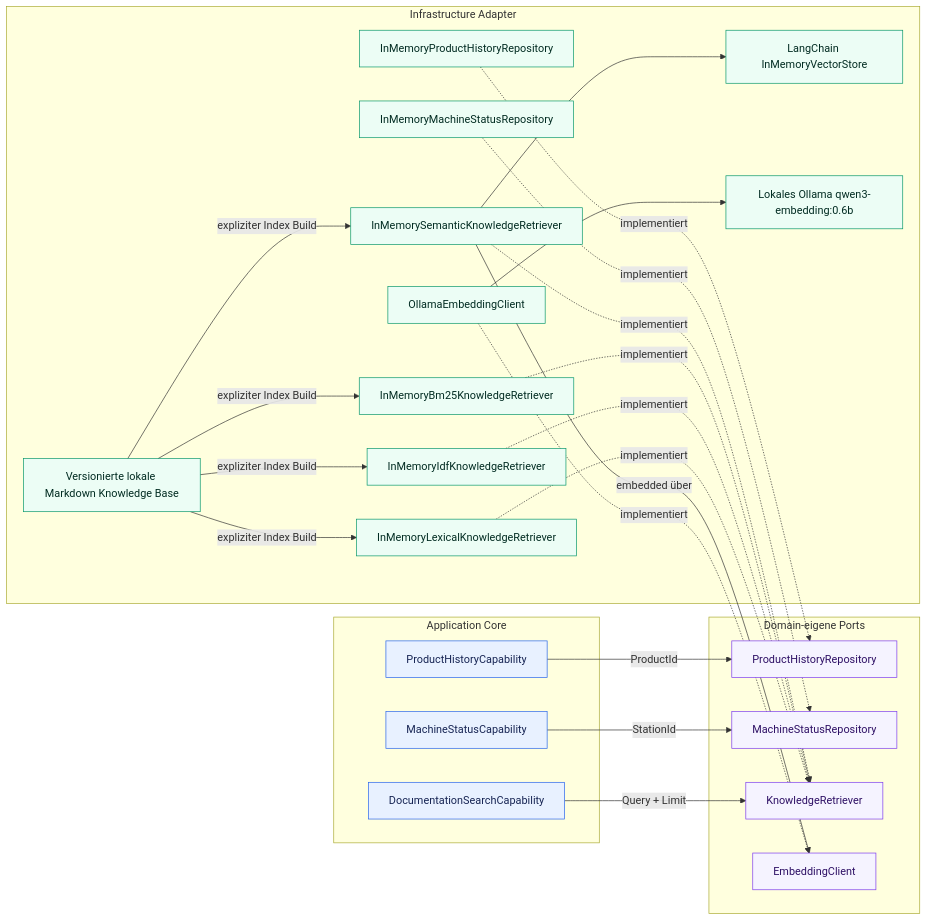
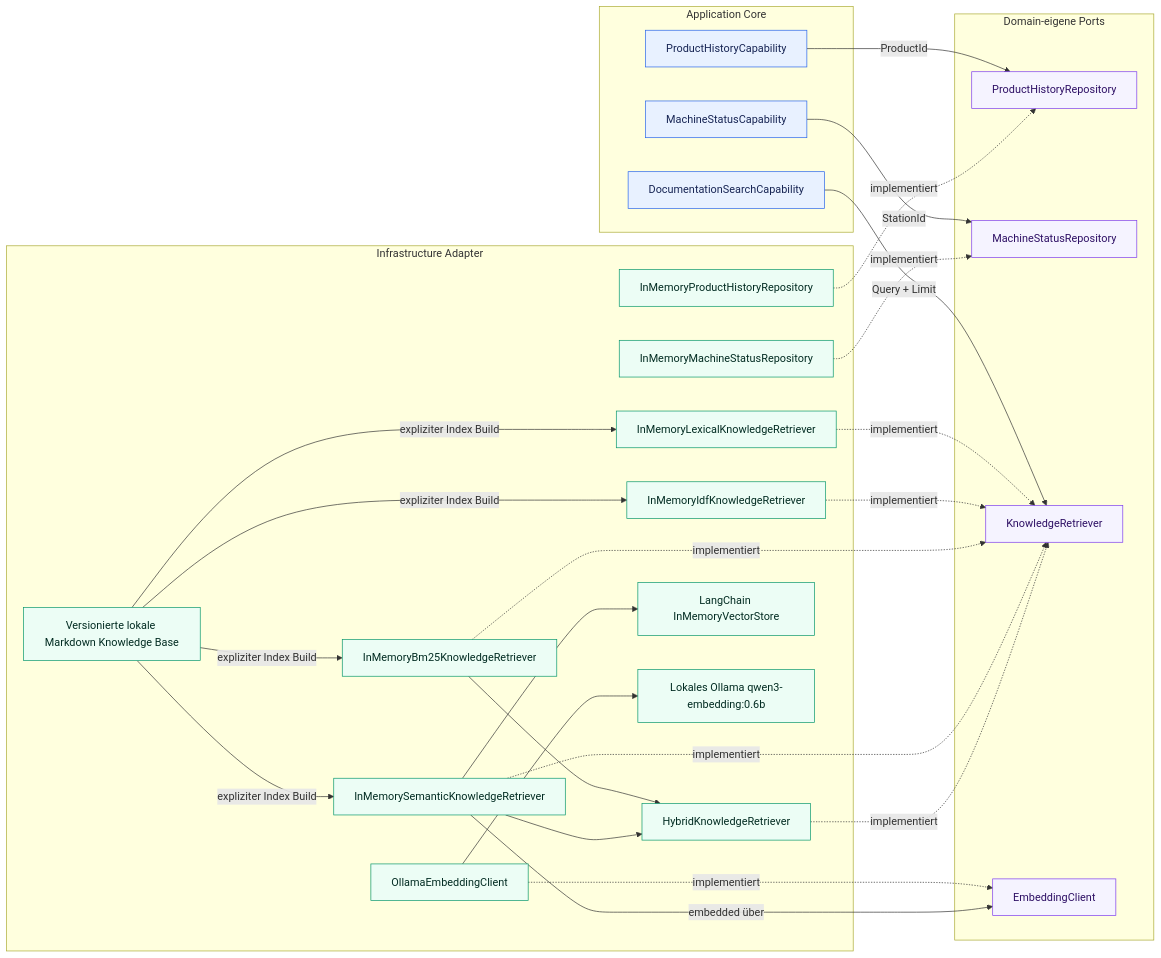
One commit to aboerzel/industrial-ai-agent changed the first of 11 diagrams in docs/architecture/overview.de.md. Above: the diagram before and after it, drawn with Mermaid. The commit also changed other lines of this file and 8 other files, not shown here.

````diff
--- a/docs/architecture/overview.de.md
+++ b/docs/architecture/overview.de.md
@@ -25,53 +25,57 @@
 ```mermaid
 flowchart LR
     subgraph Core["Application Core"]
         PHC["ProductHistoryCapability"]
         MSC["MachineStatusCapability"]
         DSC["DocumentationSearchCapability"]
     end
 
     subgraph Ports["Domain-eigene Ports"]
         PHR["ProductHistoryRepository"]
         MSR["MachineStatusRepository"]
         KR["KnowledgeRetriever"]
         EP["EmbeddingClient"]
     end
 
     subgraph Infrastructure["Infrastructure Adapter"]
         PHM["InMemoryProductHistoryRepository"]
         MSM["InMemoryMachineStatusRepository"]
         LKR["InMemoryLexicalKnowledgeRetriever"]
         IDF["InMemoryIdfKnowledgeRetriever"]
         BM25["InMemoryBm25KnowledgeRetriever"]
         SEM["InMemorySemanticKnowledgeRetriever"]
+        HYB["HybridKnowledgeRetriever"]
         OEC["OllamaEmbeddingClient"]
         VEC["LangChain InMemoryVectorStore"]
         KB["Versionierte lokale Markdown Knowledge Base"]
         OLLAMA["Lokales Ollama qwen3-embedding:0.6b"]
     end
 
     PHC -->|"ProductId"| PHR
     MSC -->|"StationId"| MSR
     DSC -->|"Query + Limit"| KR
     PHM -.->|"implementiert"| PHR
     MSM -.->|"implementiert"| MSR
     LKR -.->|"implementiert"| KR
     IDF -.->|"implementiert"| KR
     BM25 -.->|"implementiert"| KR
     SEM -.->|"implementiert"| KR
+    HYB -.->|"implementiert"| KR
     OEC -.->|"implementiert"| EP
     KB -->|"expliziter Index Build"| LKR
     KB -->|"expliziter Index Build"| IDF
     KB -->|"expliziter Index Build"| BM25
     KB -->|"expliziter Index Build"| SEM
+    BM25 --> HYB
+    SEM --> HYB
     SEM -->|"embedded über"| EP
     SEM --> VEC
     OEC --> OLLAMA
 
     classDef core fill:#e8f1ff,stroke:#2563eb,color:#172554
     classDef port fill:#f5f3ff,stroke:#7c3aed,color:#2e1065
     classDef adapter fill:#ecfdf5,stroke:#059669,color:#022c22
     class PHC,MSC,DSC core
     class PHR,MSR,KR,EP port
-    class PHM,MSM,LKR,IDF,BM25,SEM,OEC,VEC,KB,OLLAMA adapter
+    class PHM,MSM,LKR,IDF,BM25,SEM,HYB,OEC,VEC,KB,OLLAMA adapter
 ```
````
